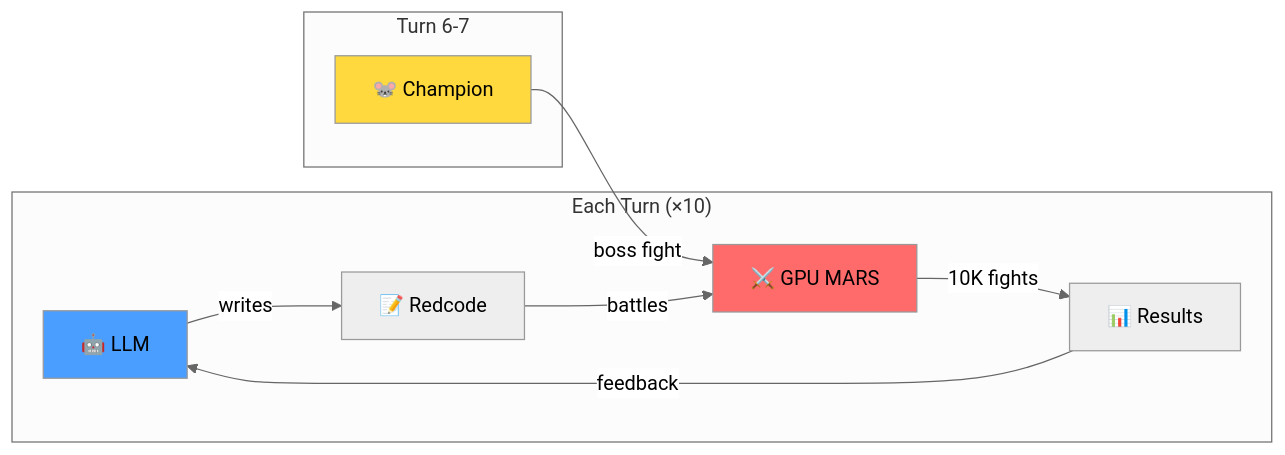
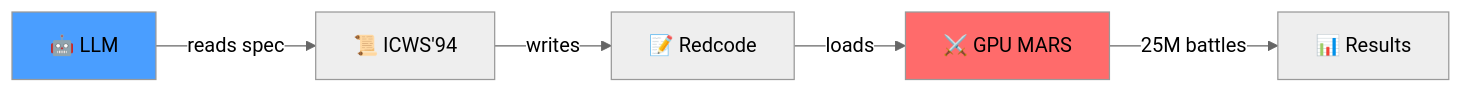
Before and after one commit to jw409/modelforecast: the diagram in README.md, drawn with Mermaid (neutral theme). The commit also changed other lines of this file, not shown here.

First line of the commit message:
docs: restructure README for single-shot GPU CoreWars benchmark

````diff
--- a/README.md
+++ b/README.md
@@ -9,18 +7,10 @@
 ```mermaid
 flowchart LR
-    subgraph Turn["Each Turn (×10)"]
-        A[🤖 LLM] -->|writes| B[📝 Redcode]
-        B -->|battles| C[⚔️ GPU MARS]
-        C -->|10K fights| D[📊 Results]
-        D -->|feedback| A
-    end
-
-    subgraph Surprise["Turn 6-7"]
-        E[🐭 Champion]
-        E -->|boss fight| C
-    end
+    A[🤖 LLM] -->|reads spec| B[📜 ICWS'94]
+    B -->|writes| C[📝 Redcode]
+    C -->|loads| D[⚔️ GPU MARS]
+    D -->|25M battles| E[📊 Results]
 
     style A fill:#4a9eff
-    style C fill:#ff6b6b
-    style E fill:#ffd93d
+    style D fill:#ff6b6b
 ```
````
